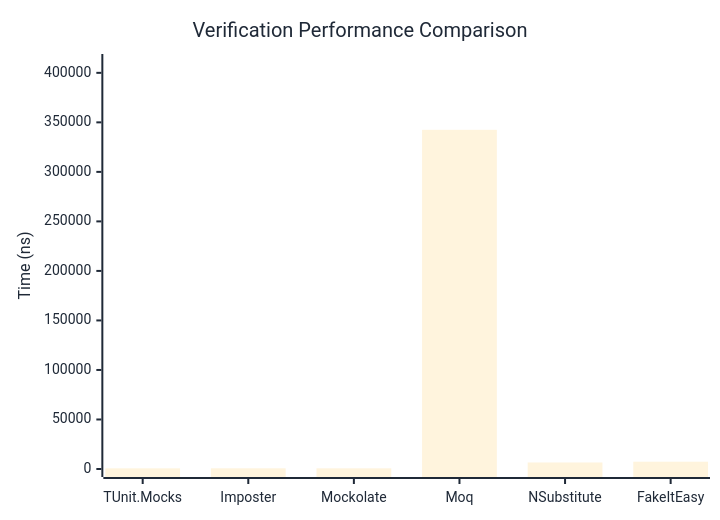
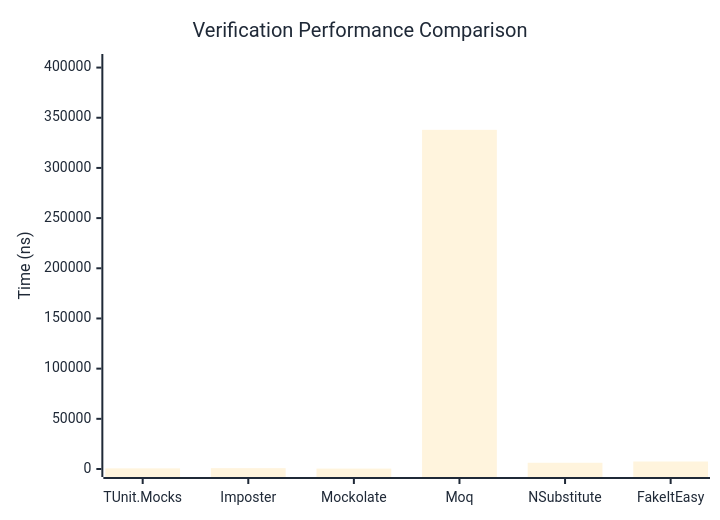
The first of 3 diagrams in docs/docs/benchmarks/mocks/Verification.md (weiyilai/TUnit), drawn with Mermaid before and after one commit. The commit also changed other lines of this file and 14 other files, not shown here.

````diff
--- a/docs/docs/benchmarks/mocks/Verification.md
+++ b/docs/docs/benchmarks/mocks/Verification.md
@@ -28,27 +28,27 @@
 ```mermaid
 %%{init: {
   'theme':'base',
   'themeVariables': {
     'primaryColor': '#2563eb',
     'primaryTextColor': '#1f2937',
     'primaryBorderColor': '#1e40af',
     'lineColor': '#6b7280',
     'secondaryColor': '#7c3aed',
     'tertiaryColor': '#dc2626',
     'background': '#ffffff',
     'pie1': '#2563eb',
     'pie2': '#7c3aed',
     'pie3': '#dc2626',
     'pie4': '#f59e0b',
     'pie5': '#10b981',
     'pie6': '#06b6d4',
     'pie7': '#ec4899',
     'pie8': '#6366f1'
   }
 }}%%
 xychart-beta
   title "Verification Performance Comparison"
   x-axis ["TUnit.Mocks", "Imposter", "Mockolate", "Moq", "NSubstitute", "FakeItEasy"]
-  y-axis "Time (ns)" 0 --> 410944
-  bar [665.87, 688.48, 681.7, 342452.78, 6582.4, 7375.59]
+  y-axis "Time (ns)" 0 --> 405550
+  bar [642.77, 836.56, 405.43, 337957.52, 6215.39, 7463.26]
 ```
````
